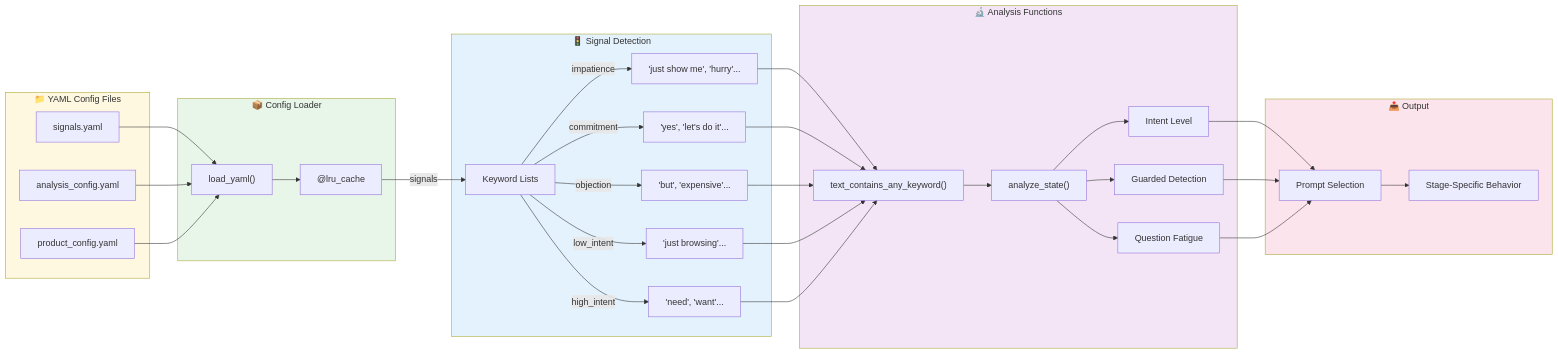
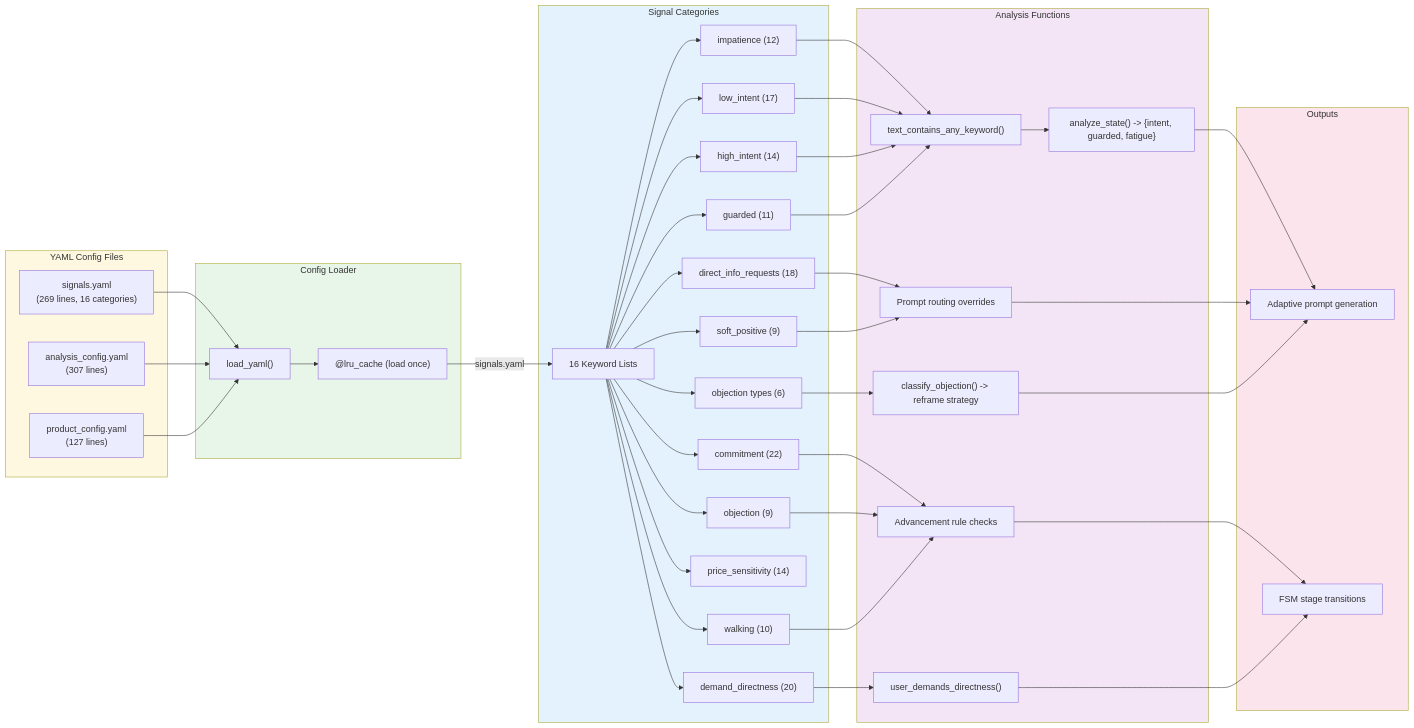
Before and after one commit to shaf-aston/FYP-sales-training-tool: the eighth of 34 diagrams in architecture diagrams.md, drawn with Mermaid. The commit also changed other lines of this file and 76 other files, not shown here.

````diff
--- a/architecture diagrams.md
+++ b/architecture diagrams.md
@@ -326,47 +384,56 @@
 ```mermaid
 flowchart LR
-    subgraph YAML["📁 YAML Config Files"]
-        S["signals.yaml"]
-        A["analysis_config.yaml"]
-        P["product_config.yaml"]
+    subgraph YAML["YAML Config Files"]
+        S["signals.yaml<br/>(269 lines, 16 categories)"]
+        A["analysis_config.yaml<br/>(307 lines)"]
+        P["product_config.yaml<br/>(127 lines)"]
     end
 
-    subgraph LOADER["📦 Config Loader"]
+    subgraph LOADER["Config Loader"]
         Load["load_yaml()"]
-        Cache["@lru_cache"]
+        Cache["@lru_cache (load once)"]
         S --> Load
         A --> Load
         P --> Load
         Load --> Cache
     end
 
-    subgraph SIGNALS["🚦 Signal Detection"]
-        Cache --> |"signals"| Keywords["Keyword Lists"]
-        Keywords --> |"impatience"| Imp["'just show me', 'hurry'..."]
-        Keywords --> |"commitment"| Comm["'yes', 'let's do it'..."]
-        Keywords --> |"objection"| Obj["'but', 'expensive'..."]
-        Keywords --> |"low_intent"| Low["'just browsing'..."]
-        Keywords --> |"high_intent"| High["'need', 'want'..."]
+    subgraph SIGNALS["Signal Categories"]
+        Cache --> |"signals.yaml"| Keywords["16 Keyword Lists"]
+        Keywords --> Imp["impatience (12)"]
+        Keywords --> Comm["commitment (22)"]
+        Keywords --> Obj["objection (9)"]
+        Keywords --> Walk["walking (10)"]
+        Keywords --> Low["low_intent (17)"]
+        Keywords --> High["high_intent (14)"]
+        Keywords --> Guard["guarded (11)"]
+        Keywords --> Demand["demand_directness (20)"]
+        Keywords --> DirReq["direct_info_requests (18)"]
+        Keywords --> Price["price_sensitivity (14)"]
+        Keywords --> Soft["soft_positive (9)"]
+        Keywords --> ObjTypes["objection types (6)"]
     end
 
-    subgraph ANALYSIS["🔬 Analysis Functions"]
-        Imp & Comm & Obj & Low & High --> Match["text_contains_any_keyword()"]
-        Match --> State["analyze_state()"]
-        State --> Intent["Intent Level"]
-        State --> Guard["Guarded Detection"]
-        State --> QFatigue["Question Fatigue"]
+    subgraph ANALYSIS["Analysis Functions"]
+        Imp & Low & High & Guard --> Match["text_contains_any_keyword()"]
+        Match --> State["analyze_state() -> {intent, guarded, fatigue}"]
+        Comm & Obj & Walk --> Advance["Advancement rule checks"]
+        Demand --> Frust["user_demands_directness()"]
+        DirReq & Soft --> Prompt["Prompt routing overrides"]
+        ObjTypes --> Reframe["classify_objection() -> reframe strategy"]
     end
 
-    subgraph OUTPUT["📤 Output"]
-        Intent --> Prompt["Prompt Selection"]
-        Guard --> Prompt
-        QFatigue --> Prompt
-        Prompt --> Stage["Stage-Specific Behavior"]
+    subgraph OUTPUT["Outputs"]
+        State --> PromptGen["Adaptive prompt generation"]
+        Advance --> FSM["FSM stage transitions"]
+        Frust --> FSM
+        Prompt --> PromptGen
+        Reframe --> PromptGen
     end
 
     style YAML fill:#fff8e1
     style LOADER fill:#e8f5e9
     style SIGNALS fill:#e3f2fd
     style ANALYSIS fill:#f3e5f5
     style OUTPUT fill:#fce4ec
 ```
````
